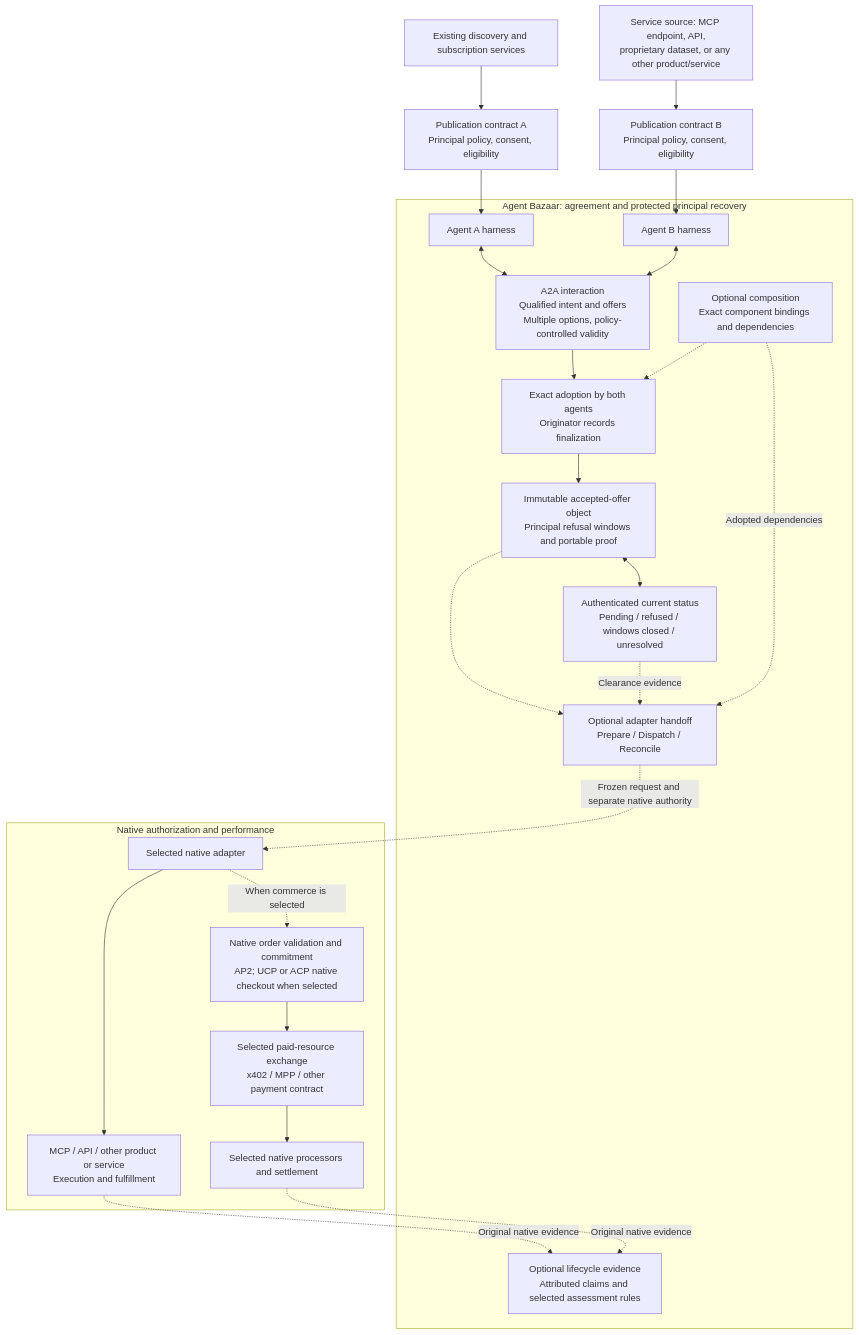
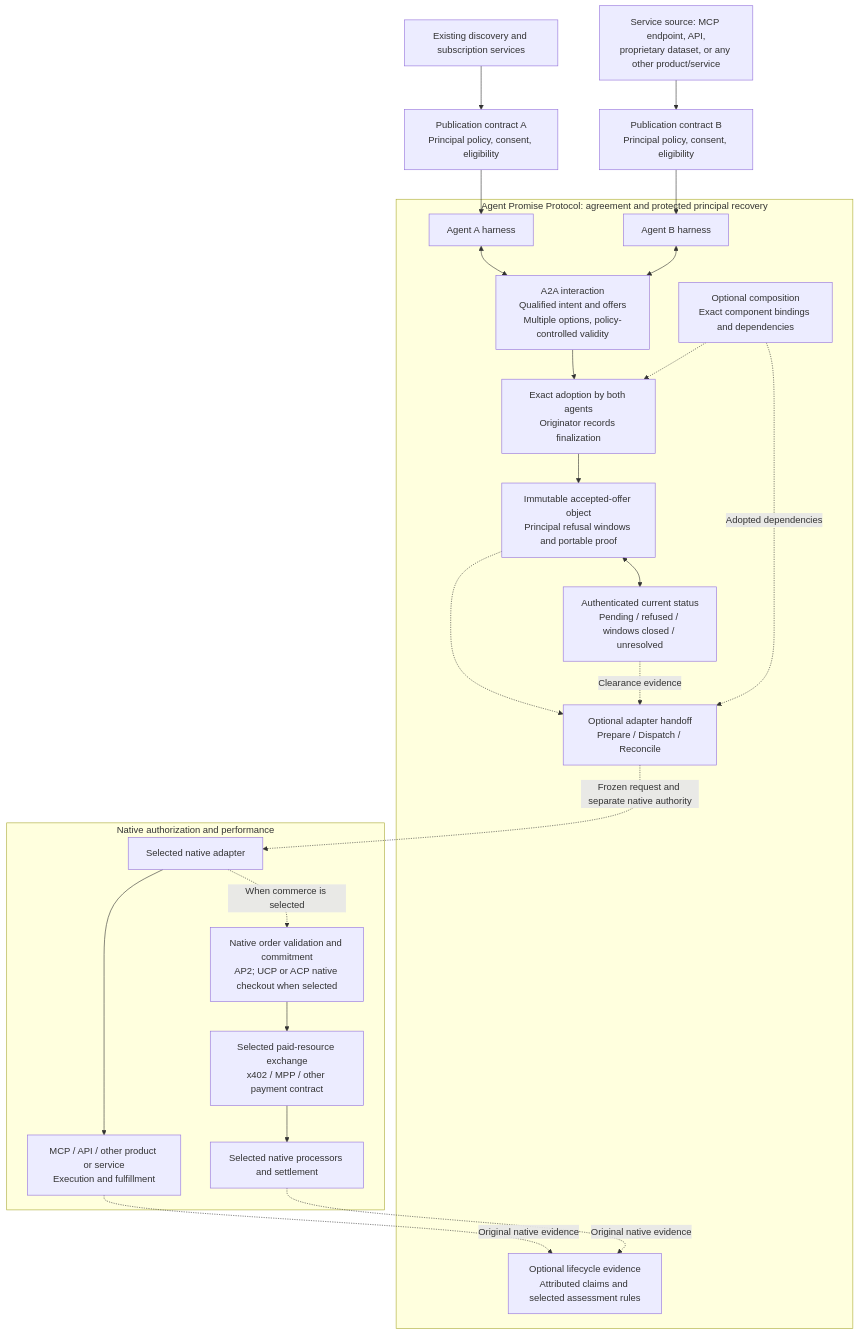
Before and after one commit to JohnnyFiv3r/agent-promise-protocol: the diagram in protocol-architecture.md, drawn with Mermaid. The commit also changed other lines of this file and 134 other files, not shown here.

Commit message:
Prepare Agent Promise Protocol reference release with verified packages and CI

````diff
--- a/protocol-architecture.md
+++ b/protocol-architecture.md
@@ -5,33 +5,33 @@
 ```mermaid
 flowchart TB
   D["Existing discovery and subscription services"]
   S["Service source: MCP endpoint, API,<br/>proprietary dataset, or any other product/service"]
   D --> PA["Publication contract A<br/>Principal policy, consent, eligibility"]
   S --> PB["Publication contract B<br/>Principal policy, consent, eligibility"]
   PA --> A
   PB --> B
-  subgraph BAZAAR["Agent Bazaar: agreement and protected principal recovery"]
+  subgraph BAZAAR["Agent Promise Protocol: agreement and protected principal recovery"]
     A["Agent A harness"]
     B["Agent B harness"]
     A <--> N["A2A interaction<br/>Qualified intent and offers<br/>Multiple options, policy-controlled validity"]
     B <--> N
     N --> F["Exact adoption by both agents<br/>Originator records finalization"]
     F --> O["Immutable accepted-offer object<br/>Principal refusal windows and portable proof"]
     O <--> ST["Authenticated current status<br/>Pending / refused / windows closed / unresolved"]
     CP["Optional composition<br/>Exact component bindings and dependencies"] -.-> F
     O -.-> H["Optional adapter handoff<br/>Prepare / Dispatch / Reconcile"]
     ST -. "Clearance evidence" .-> H
     CP -. "Adopted dependencies" .-> H
     LE["Optional lifecycle evidence<br/>Attributed claims and selected assessment rules"]
   end
   H -. "Frozen request and separate native authority" .-> C
   subgraph OUT["Native authorization and performance"]
     C["Selected native adapter"]
     C --> X["MCP / API / other product or service<br/>Execution and fulfillment"]
     C -. "When commerce is selected" .-> V["Native order validation and commitment<br/>AP2; UCP or ACP native checkout when selected"]
     V --> P["Selected paid-resource exchange<br/>x402 / MPP / other payment contract"]
     P --> R["Selected native processors and settlement"]
   end
   X -. "Original native evidence" .-> LE
   R -. "Original native evidence" .-> LE
 ```
````
